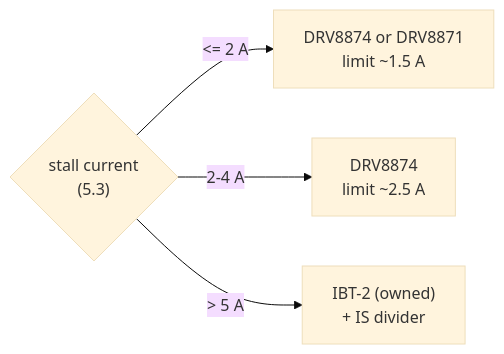
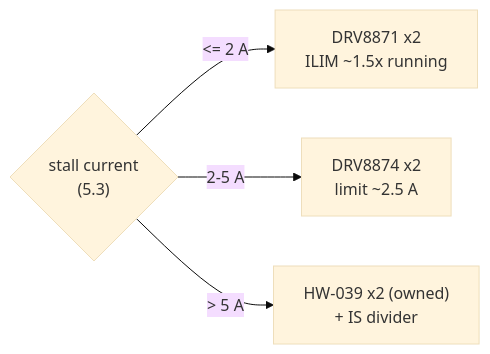
The third of 7 diagrams in docs/shark-platform-plan.md (nespotts/self_balancing_robot_3), drawn with Mermaid (base theme) before and after one commit. The commit also changed other lines of this file, not shown here.

````diff
--- a/docs/shark-platform-plan.md
+++ b/docs/shark-platform-plan.md
@@ -296,6 +310,6 @@
 ```mermaid
 flowchart LR
-  S{"stall current<br>(5.3)"} -- "<= 2 A" --> A["DRV8874 or DRV8871<br>limit ~1.5 A"]
-  S -- "2-4 A" --> B["DRV8874<br>limit ~2.5 A"]
-  S -- "> 5 A" --> C["IBT-2 (owned)<br>+ IS divider"]
+  S{"stall current<br>(5.3)"} -- "<= 2 A" --> A["DRV8871 x2<br>ILIM ~1.5x running"]
+  S -- "2-5 A" --> B["DRV8874 x2<br>limit ~2.5 A"]
+  S -- "> 5 A" --> C["HW-039 x2 (owned)<br>+ IS divider"]
 ```
````
